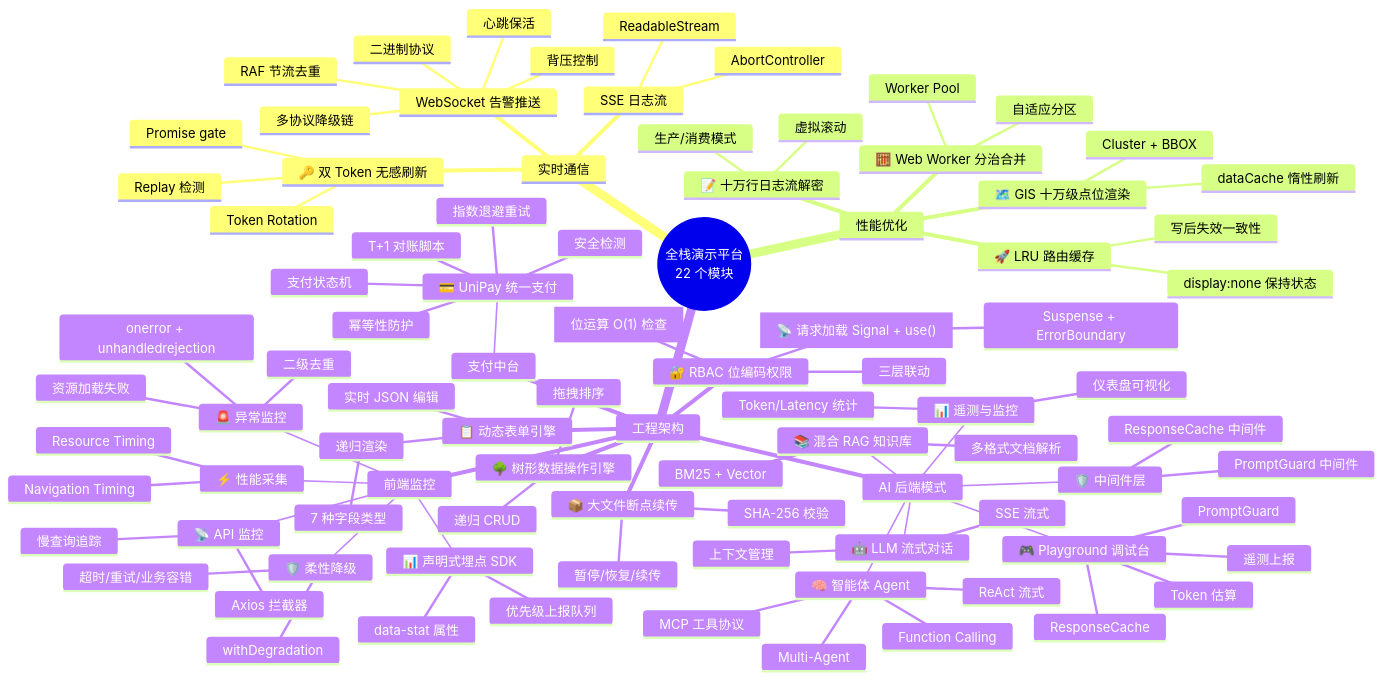
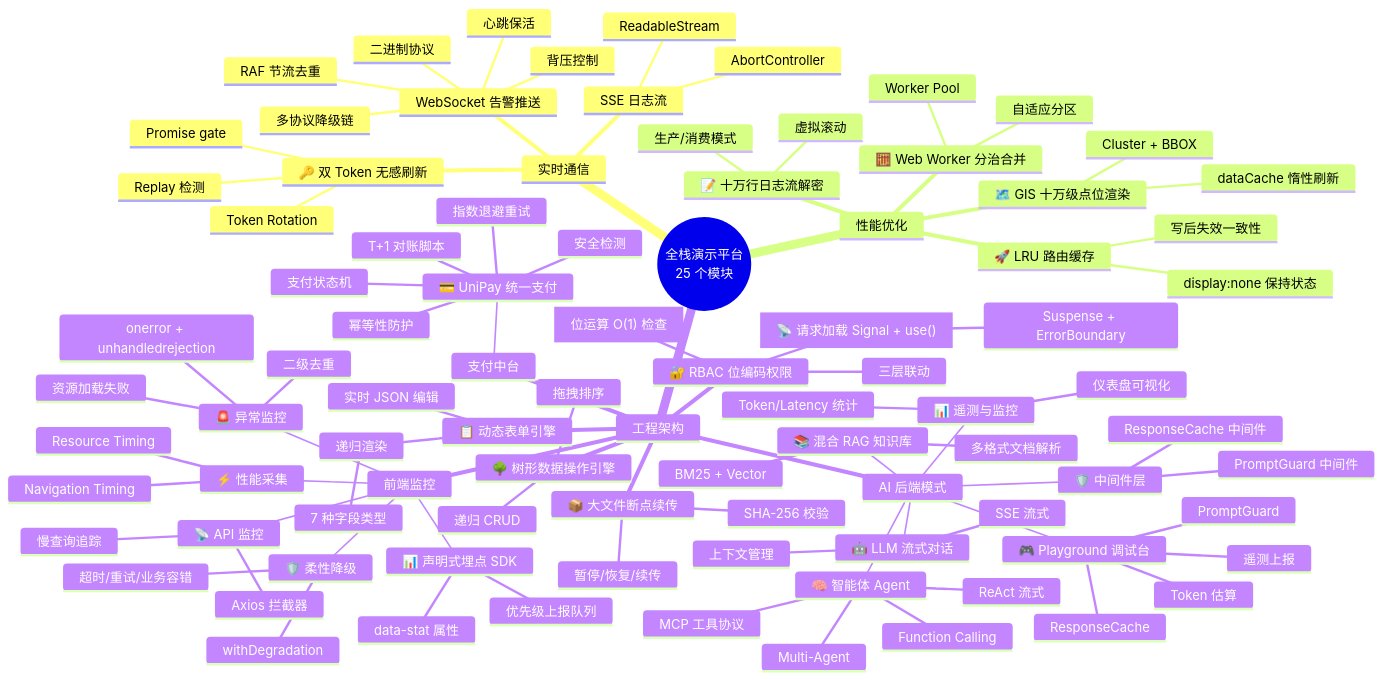
Before and after one commit to KMaybe01/interview-demo: the third of 51 diagrams in docs/WIKI.md, drawn with Mermaid. The commit also changed other lines of this file and 1 other file, not shown here.

````diff
--- a/docs/WIKI.md
+++ b/docs/WIKI.md
@@ -117,6 +124,6 @@
 ```mermaid
 mindmap
-  root((全栈演示平台<br/>22 个模块))
+  root((全栈演示平台<br/>25 个模块))
     ::icon(fa fa-globe)
     实时通信
       WebSocket 告警推送
````
